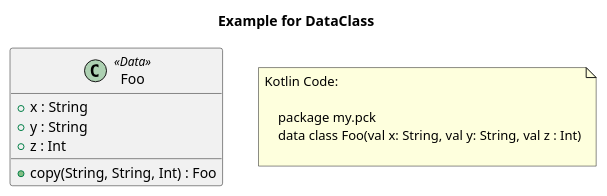
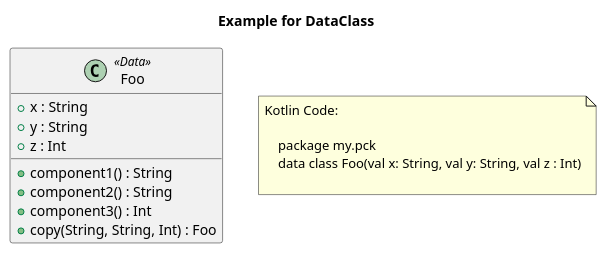
Before and after one commit to Tosaa/ksp-plantuml: the diagram in doc/plantuml/DataClass.puml, drawn with PlantUML. The commit also changed 11 other files, not shown here.

```diff
--- a/doc/plantuml/DataClass.puml
+++ b/doc/plantuml/DataClass.puml
@@ -1,28 +1,31 @@
 @startuml
 title Example for DataClass
 'This file is generated by the GenerateExamplesForDoc test.
 
     'my.pck.Foo
     class "Foo" as my_pck_Foo <<Data>>{
         + x : String
 		+ y : String
 		+ z : Int
+		+ component1() : String
+		+ component2() : String
+		+ component3() : Int
 		+ copy(String, String, Int) : Foo
     }
 
 
 'Inheritance relations
 
 'Property relations
 
 'Function relations
 
 note as note_of_code
 Kotlin Code:
 
     package my.pck
     data class Foo(val x: String, val y: String, val z : Int)
     
 end note
 
 @enduml
```
